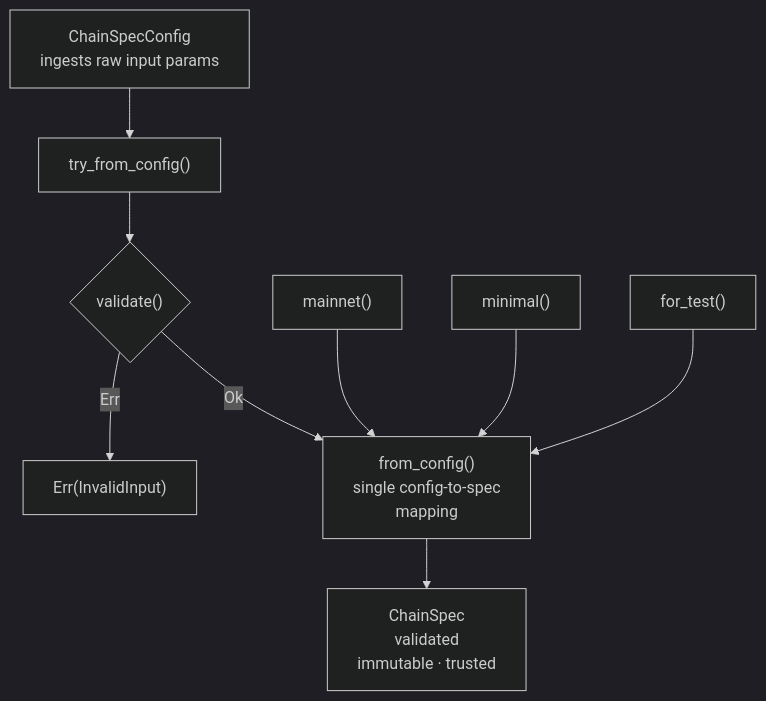
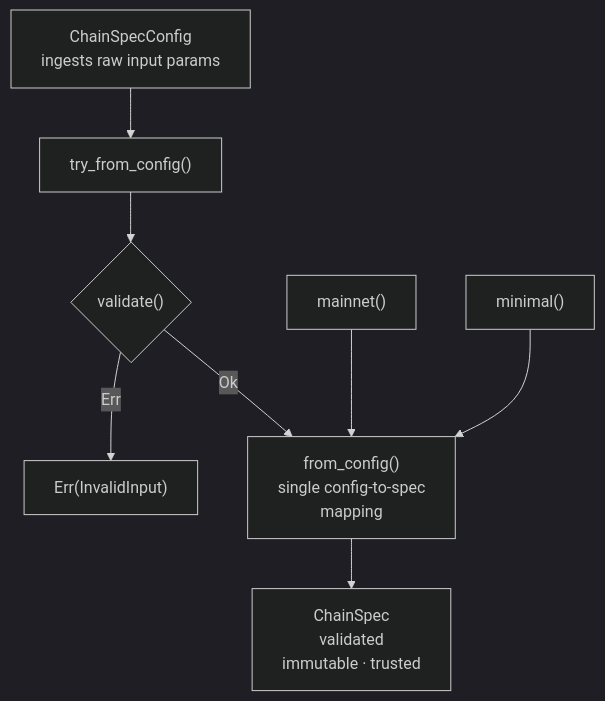
The second of 2 diagrams in src/README.md (EchoAlice/eth-light-client), drawn with Mermaid (dark theme) before and after one commit. The commit also changed other lines of this file and 5 other files, not shown here.

````diff
--- a/src/README.md
+++ b/src/README.md
@@ -60,15 +60,14 @@
 ```mermaid
 flowchart TD
     cfg["ChainSpecConfig<br/> ingests raw input params"]
 
     cfg --> tfc["try_from_config()"]
     tfc --> v{"validate()"}
     v -->|Err| err["Err(InvalidInput)"]
     v -->|Ok| fc["from_config()<br/>single config-to-spec<br/>mapping"]
 
     main["mainnet()"] --> fc
     min["minimal()"] --> fc
-    ft["for_test()"] --> fc
 
     fc --> spec["ChainSpec<br/>validated<br/>immutable · trusted"]
 ```
````
